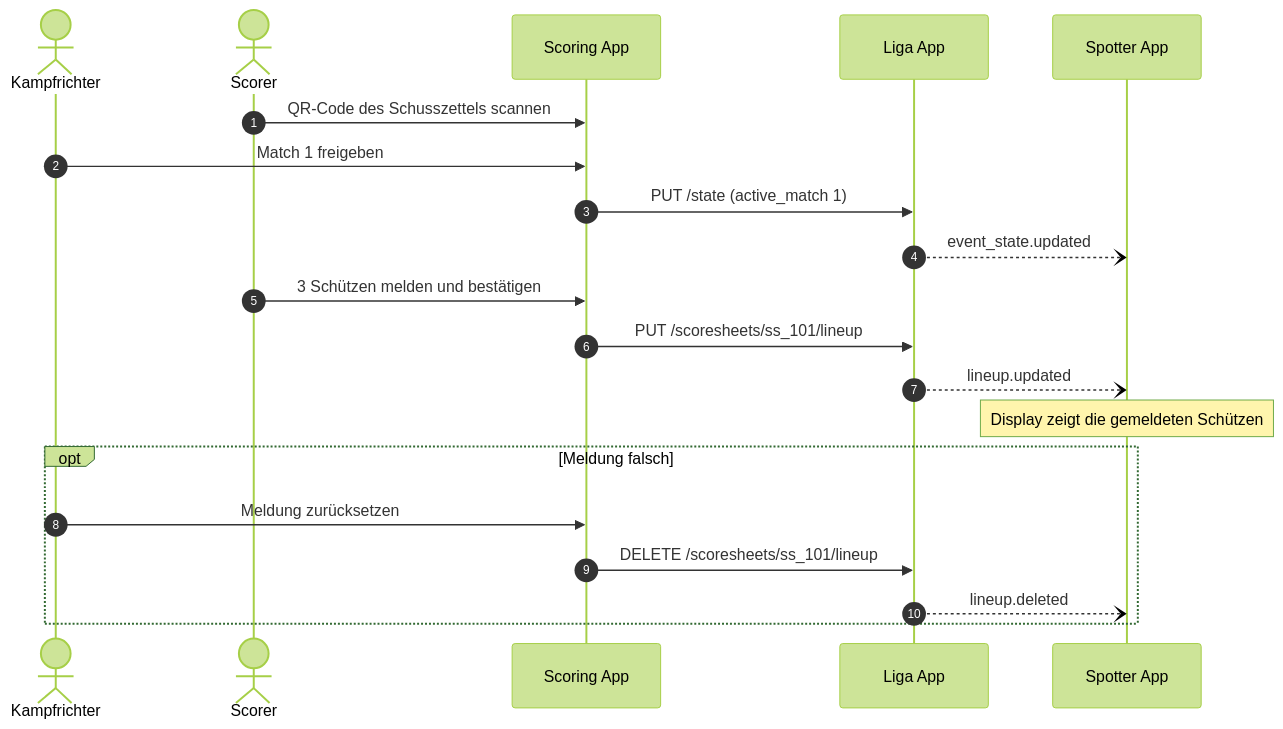
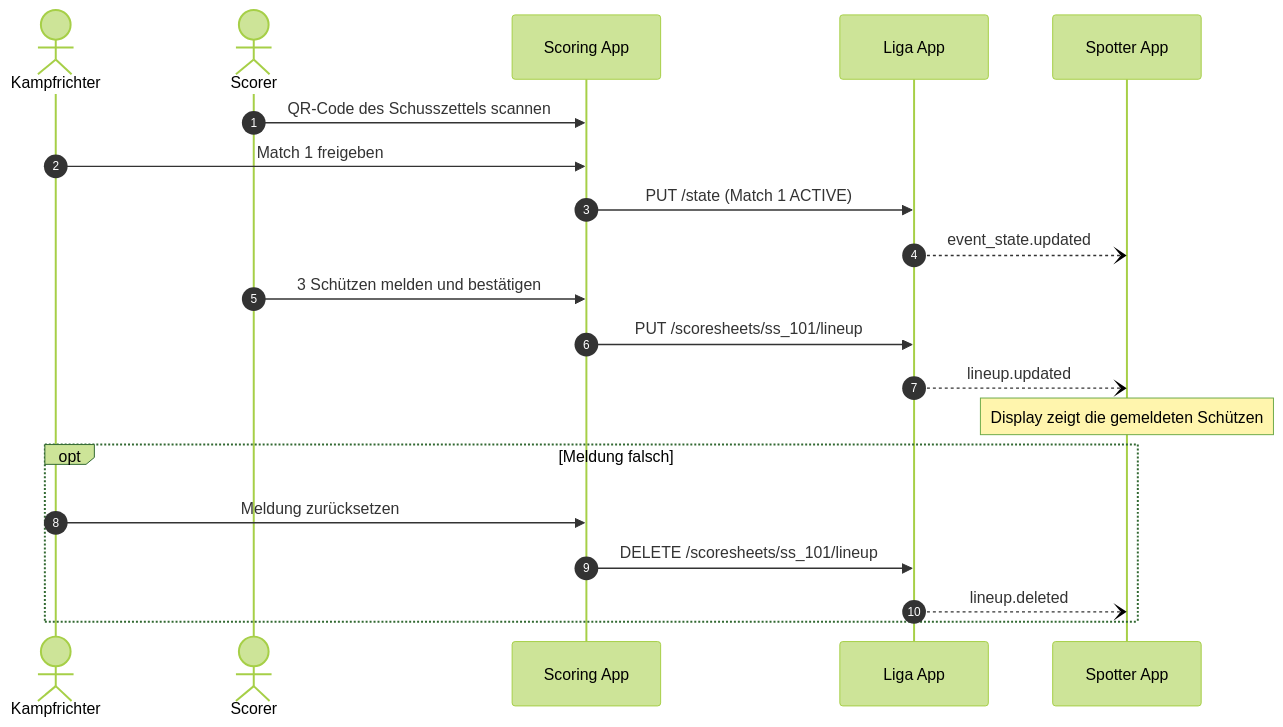
Before and after one commit to BSApp-DE/BowFlow: the second of 6 diagrams in profiles/league/docs/03-wettkampftag.md, drawn with Mermaid (forest theme). The commit also changed other lines of this file and 4 other files, not shown here.

First line of the commit message:
Remove redundant active_match from event state

````diff
--- a/profiles/league/docs/03-wettkampftag.md
+++ b/profiles/league/docs/03-wettkampftag.md
@@ -30,23 +30,23 @@
 ```mermaid
 sequenceDiagram
     autonumber
     actor KR as Kampfrichter
     actor SC as Scorer
     participant S as Scoring App
     participant L as Liga App
     participant P as Spotter App
 
     SC->>S: QR-Code des Schusszettels scannen
     KR->>S: Match 1 freigeben
-    S->>L: PUT /state (active_match 1)
+    S->>L: PUT /state (Match 1 ACTIVE)
     L--)P: event_state.updated
     SC->>S: 3 Schützen melden und bestätigen
     S->>L: PUT /scoresheets/ss_101/lineup
     L--)P: lineup.updated
     Note over P: Display zeigt die gemeldeten Schützen
     opt Meldung falsch
         KR->>S: Meldung zurücksetzen
         S->>L: DELETE /scoresheets/ss_101/lineup
         L--)P: lineup.deleted
     end
 ```
````
